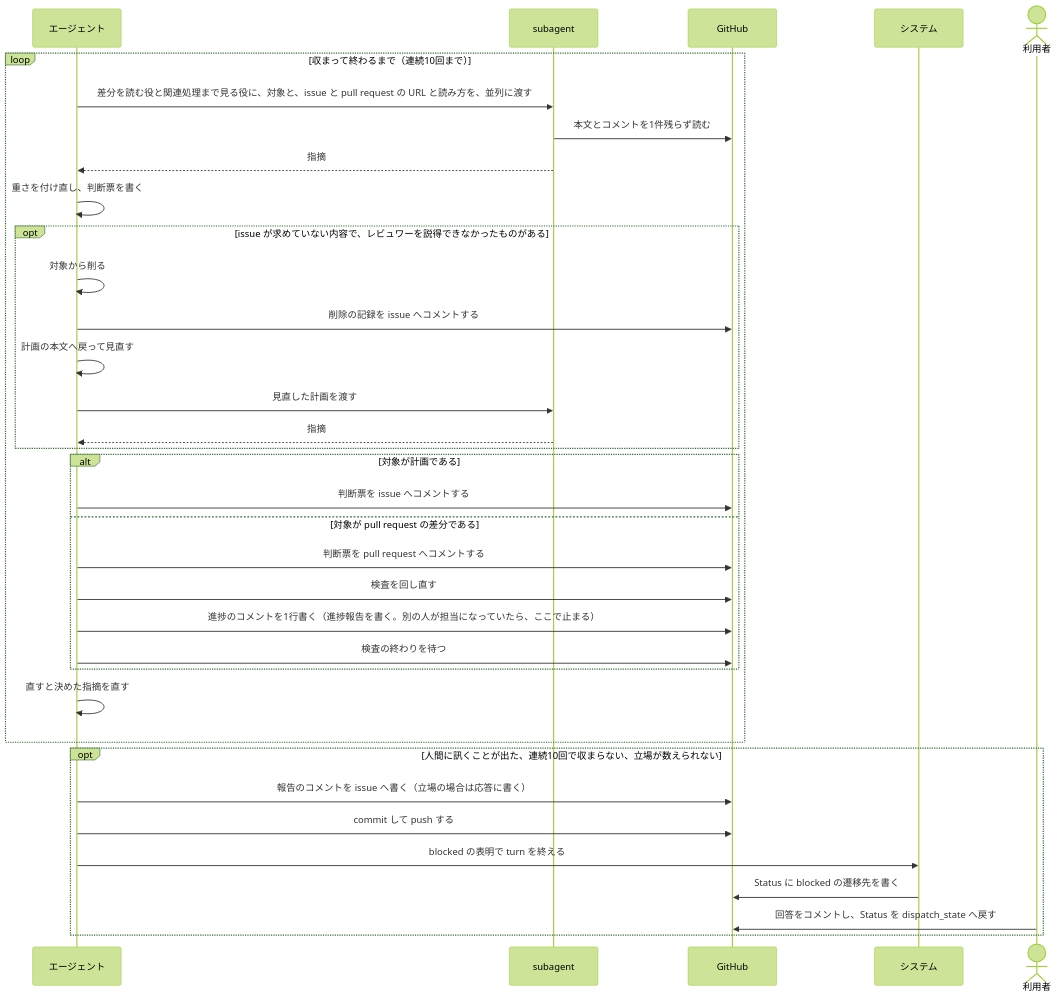
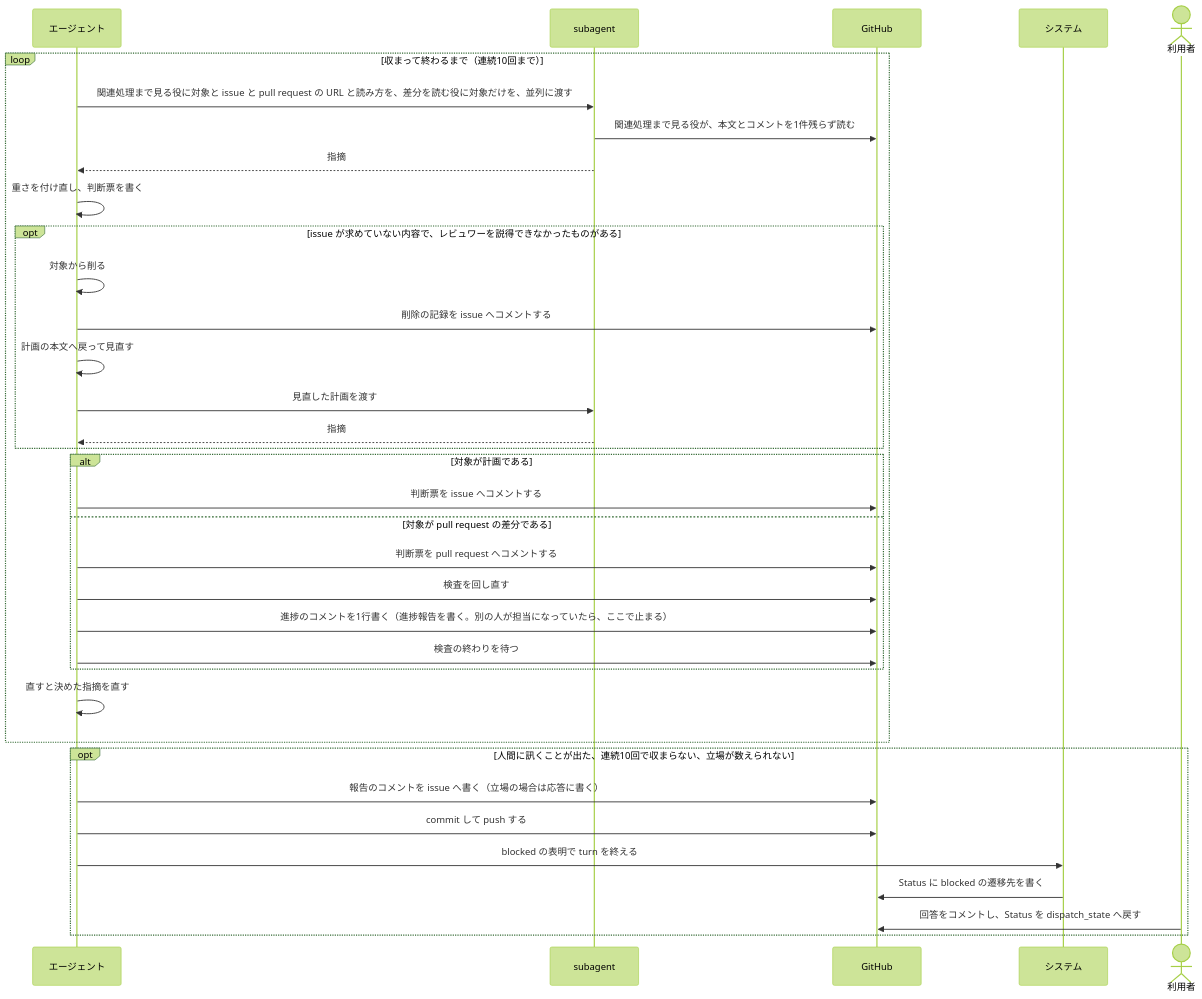
The first of 2 diagrams in docs/spec/usecases/particular_case/レビューを回す.rucm.md (maimuzo/continuo), drawn with Mermaid (forest theme) before and after one commit. The commit also changed other lines of this file and 8 other files, not shown here.

````diff
--- a/docs/spec/usecases/particular_case/レビューを回す.rucm.md
+++ b/docs/spec/usecases/particular_case/レビューを回す.rucm.md
@@ -166,38 +167,38 @@
 ```mermaid
 sequenceDiagram
     participant CC as エージェント
     participant SA as subagent
     participant GH as GitHub
     participant S as システム
     actor U as 利用者
 
     loop 収まって終わるまで（連続10回まで）
-        CC->>SA: 差分を読む役と関連処理まで見る役に、対象と、issue と pull request の URL と読み方を、並列に渡す
-        SA->>GH: 本文とコメントを1件残らず読む
+        CC->>SA: 関連処理まで見る役に対象と issue と pull request の URL と読み方を、差分を読む役に対象だけを、並列に渡す
+        SA->>GH: 関連処理まで見る役が、本文とコメントを1件残らず読む
         SA-->>CC: 指摘
         CC->>CC: 重さを付け直し、判断票を書く
         opt issue が求めていない内容で、レビュワーを説得できなかったものがある
             CC->>CC: 対象から削る
             CC->>GH: 削除の記録を issue へコメントする
             CC->>CC: 計画の本文へ戻って見直す
             CC->>SA: 見直した計画を渡す
             SA-->>CC: 指摘
         end
         alt 対象が計画である
             CC->>GH: 判断票を issue へコメントする
         else 対象が pull request の差分である
             CC->>GH: 判断票を pull request へコメントする
             CC->>GH: 検査を回し直す
             CC->>GH: 進捗のコメントを1行書く（進捗報告を書く。別の人が担当になっていたら、ここで止まる）
             CC->>GH: 検査の終わりを待つ
         end
         CC->>CC: 直すと決めた指摘を直す
     end
     opt 人間に訊くことが出た、連続10回で収まらない、立場が数えられない
         CC->>GH: 報告のコメントを issue へ書く（立場の場合は応答に書く）
         CC->>GH: commit して push する
         CC->>S: blocked の表明で turn を終える
         S->>GH: Status に blocked の遷移先を書く
         U->>GH: 回答をコメントし、Status を dispatch_state へ戻す
     end
 ```
````
